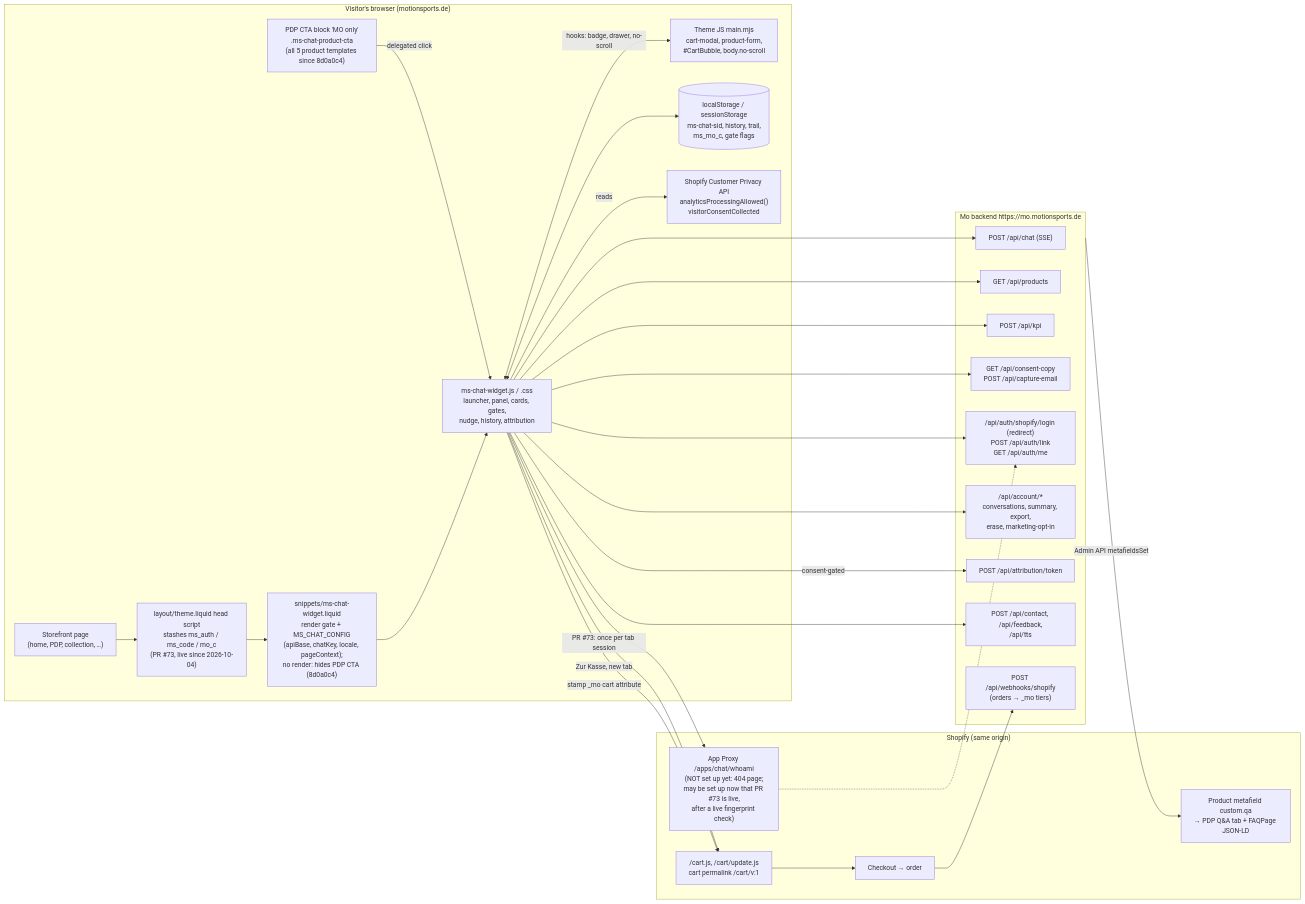
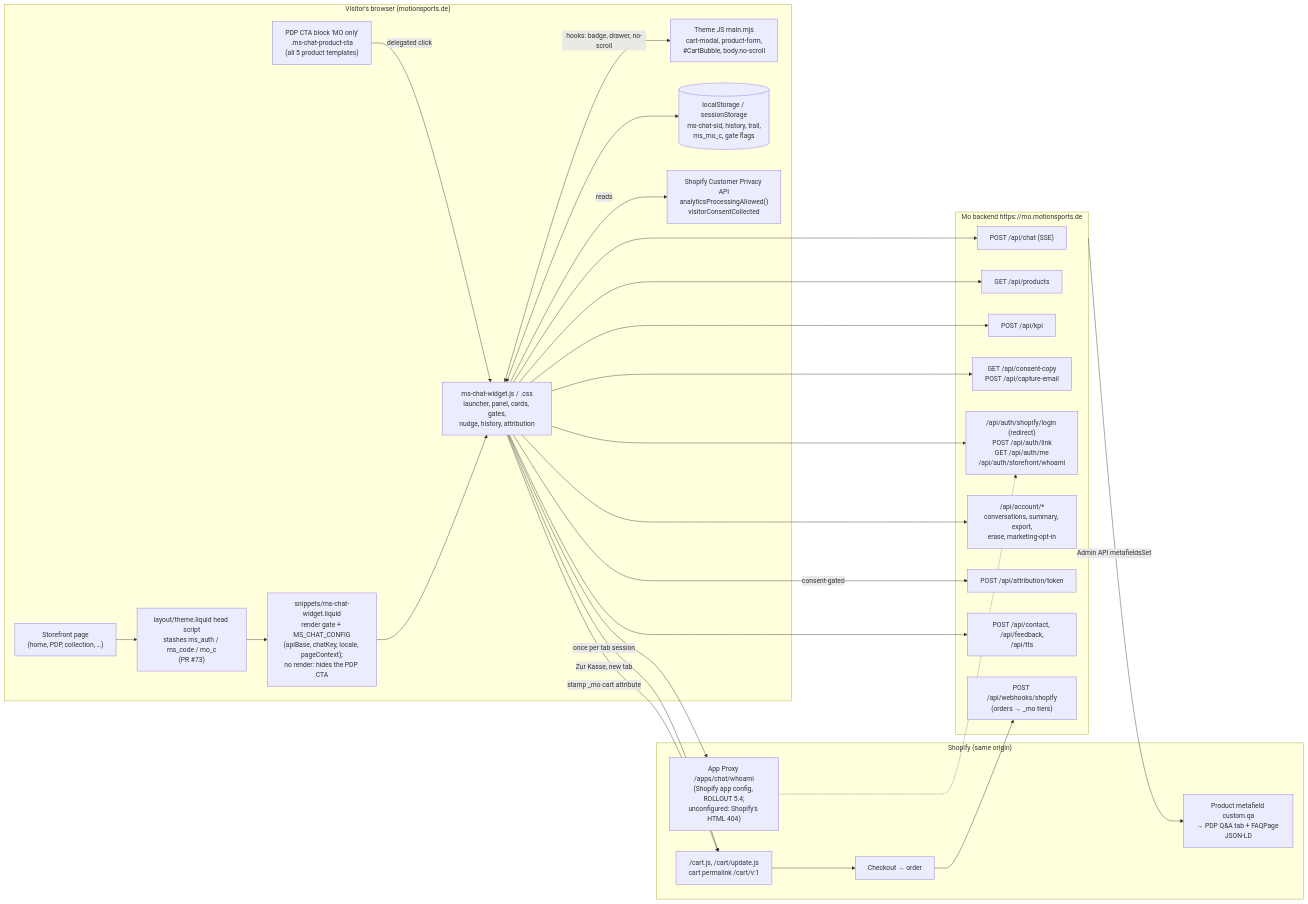
Before and after one commit to 4motionsports-GmbH/mo: the diagram in docs/frontend/README.md, drawn with Mermaid. The commit also changed other lines of this file and 136 other files, not shown here.

````diff
--- a/docs/frontend/README.md
+++ b/docs/frontend/README.md
@@ -94,45 +110,45 @@
 ```mermaid
 flowchart LR
   subgraph Browser["Visitor's browser (motionsports.de)"]
     Page["Storefront page<br/>(home, PDP, collection, …)"]
-    Head["layout/theme.liquid head script<br/>stashes ms_auth / ms_code / mo_c<br/>(PR #73, live since 2026-10-04)"]
-    Snip["snippets/ms-chat-widget.liquid<br/>render gate + MS_CHAT_CONFIG<br/>(apiBase, chatKey, locale, pageContext);<br/>no render: hides PDP CTA (8d0a0c4)"]
+    Head["layout/theme.liquid head script<br/>stashes ms_auth / ms_code / mo_c<br/>(PR #73)"]
+    Snip["snippets/ms-chat-widget.liquid<br/>render gate + MS_CHAT_CONFIG<br/>(apiBase, chatKey, locale, pageContext);<br/>no render: hides the PDP CTA"]
     W["ms-chat-widget.js / .css<br/>launcher, panel, cards, gates,<br/>nudge, history, attribution"]
-    CTA["PDP CTA block 'MO only'<br/>.ms-chat-product-cta<br/>(all 5 product templates since 8d0a0c4)"]
+    CTA["PDP CTA block 'MO only'<br/>.ms-chat-product-cta<br/>(all 5 product templates)"]
     Theme["Theme JS main.mjs<br/>cart-modal, product-form,<br/>#CartBubble, body.no-scroll"]
     Store[("localStorage / sessionStorage<br/>ms-chat-sid, history, trail,<br/>ms_mo_c, gate flags")]
     CP["Shopify Customer Privacy API<br/>analyticsProcessingAllowed()<br/>visitorConsentCollected"]
   end
 
   subgraph Backend["Mo backend https://mo.motionsports.de"]
     Chat["POST /api/chat (SSE)"]
     Prod["GET /api/products"]
     KPI["POST /api/kpi"]
     Consent["GET /api/consent-copy<br/>POST /api/capture-email"]
-    Auth["/api/auth/shopify/login (redirect)<br/>POST /api/auth/link<br/>GET /api/auth/me"]
+    Auth["/api/auth/shopify/login (redirect)<br/>POST /api/auth/link<br/>GET /api/auth/me<br/>/api/auth/storefront/whoami"]
     Acct["/api/account/*<br/>conversations, summary, export,<br/>erase, marketing-opt-in"]
     Attr["POST /api/attribution/token"]
     Misc["POST /api/contact, /api/feedback,<br/>/api/tts"]
     WH["POST /api/webhooks/shopify<br/>(orders → _mo tiers)"]
   end
 
   subgraph Shopify["Shopify (same origin)"]
     Cart["/cart.js, /cart/update.js<br/>cart permalink /cart/v:1"]
-    Proxy["App Proxy /apps/chat/whoami<br/>(NOT set up yet: 404 page;<br/>may be set up now that PR #73 is live,<br/>after a live fingerprint check)"]
+    Proxy["App Proxy /apps/chat/whoami<br/>(Shopify app config, ROLLOUT 5.4;<br/>unconfigured: Shopify's HTML 404)"]
     Checkout["Checkout → order"]
     Meta["Product metafield custom.qa<br/>→ PDP Q&A tab + FAQPage JSON-LD"]
   end
 
   Page --> Head --> Snip --> W
   CTA -->|delegated click| W
   W <--> Store
   W -->|reads| CP
   W <-->|"hooks: badge, drawer, no-scroll"| Theme
   W --> Chat & Prod & KPI & Consent & Auth & Acct & Misc
   W -->|consent-gated| Attr
   W -->|"stamp _mo cart attribute"| Cart
   W -->|"Zur Kasse, new tab"| Cart
-  W -->|"PR #73: once per tab session"| Proxy -.-> Auth
+  W -->|"once per tab session"| Proxy -.-> Auth
   Cart --> Checkout --> WH
   Backend -->|"Admin API metafieldsSet"| Meta
 ```
````
